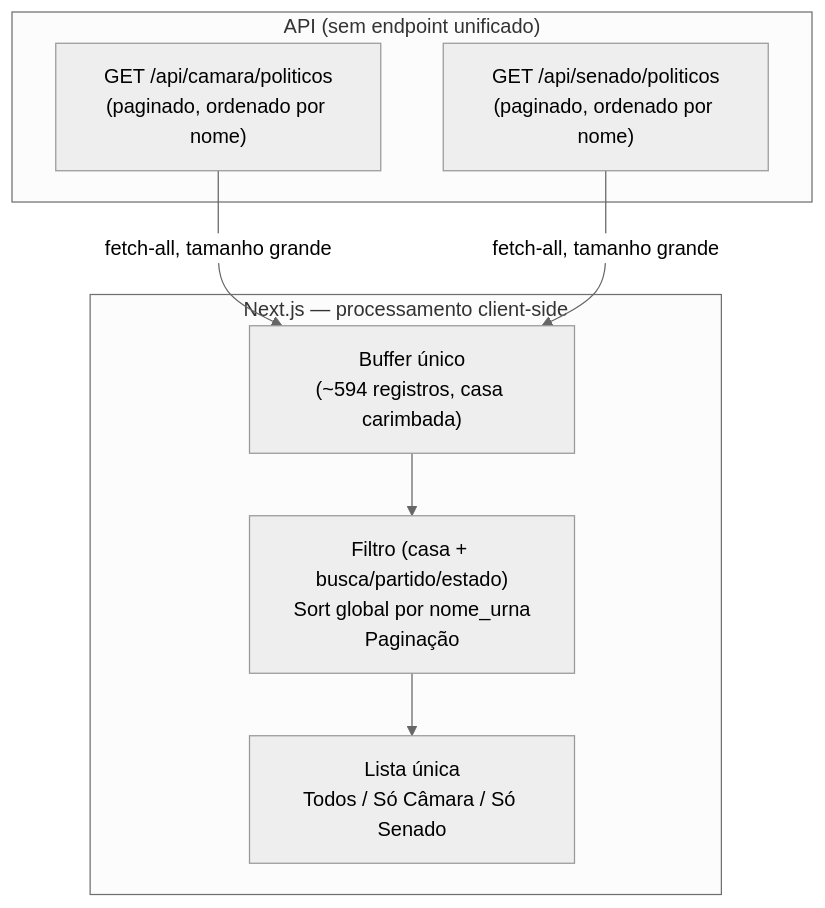
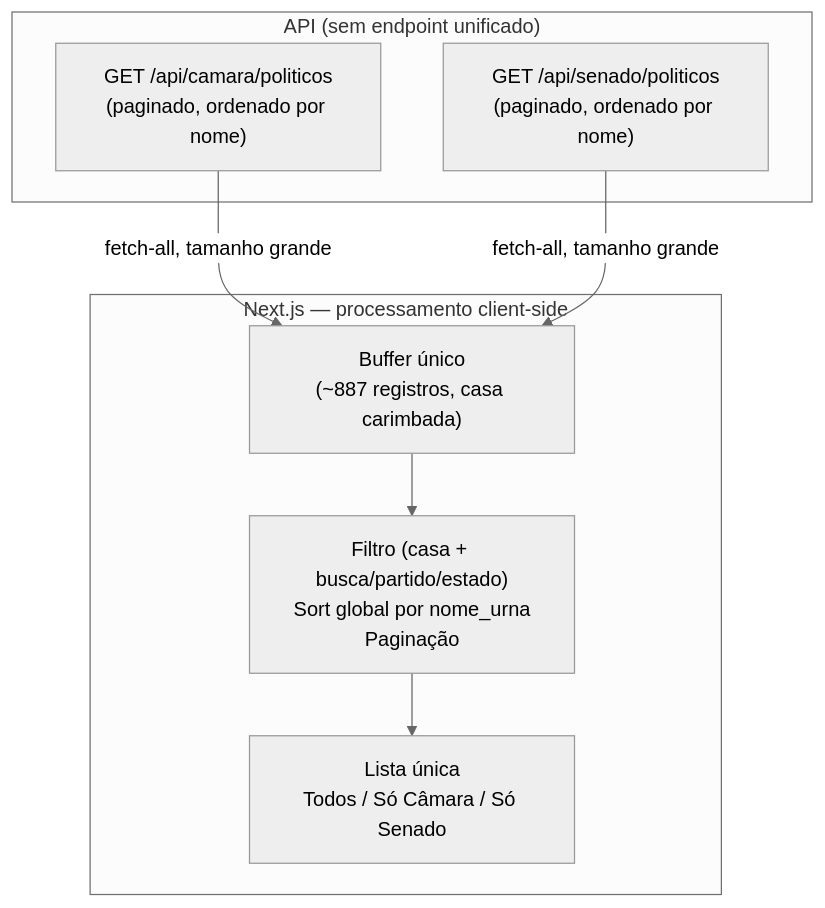
One commit to henriquemendeselias/2026.1-ContraDito changed the diagram in docs/docs/adrs/adr-003.md. Above: the diagram before and after it, drawn with Mermaid (neutral theme). The commit also changed other lines of this file and 1 other file, not shown here.

````diff
--- a/docs/docs/adrs/adr-003.md
+++ b/docs/docs/adrs/adr-003.md
@@ -42,17 +43,17 @@
 ```mermaid
 flowchart TB
     subgraph API["API (sem endpoint unificado)"]
         C["GET /api/camara/politicos\n(paginado, ordenado por nome)"]
         S["GET /api/senado/politicos\n(paginado, ordenado por nome)"]
     end
 
     subgraph CLIENT["Next.js — processamento client-side"]
-        BUF["Buffer único\n(~594 registros, casa carimbada)"]
+        BUF["Buffer único\n(~887 registros, casa carimbada)"]
         OPS["Filtro (casa + busca/partido/estado)\nSort global por nome_urna\nPaginação"]
         VIEW["Lista única\nTodos / Só Câmara / Só Senado"]
     end
 
     C -->|fetch-all, tamanho grande| BUF
     S -->|fetch-all, tamanho grande| BUF
     BUF --> OPS --> VIEW
 ```
````
